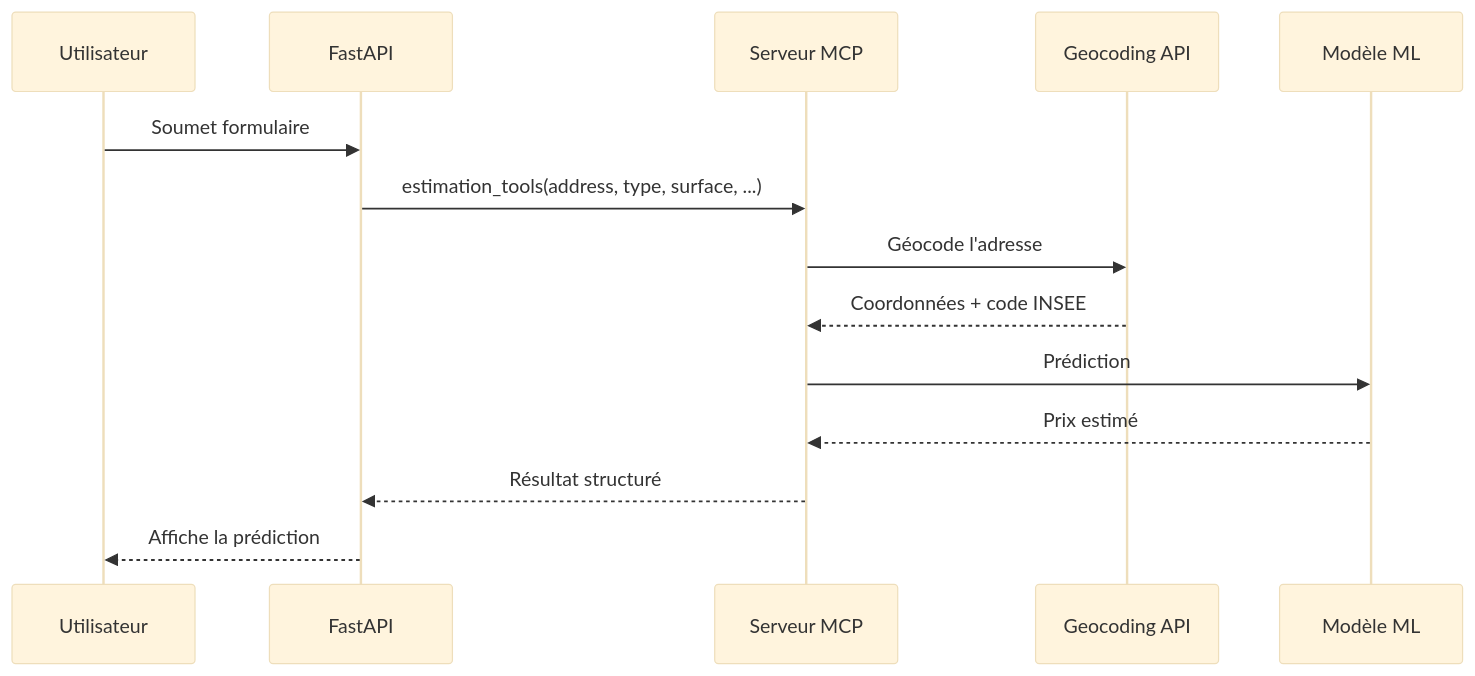
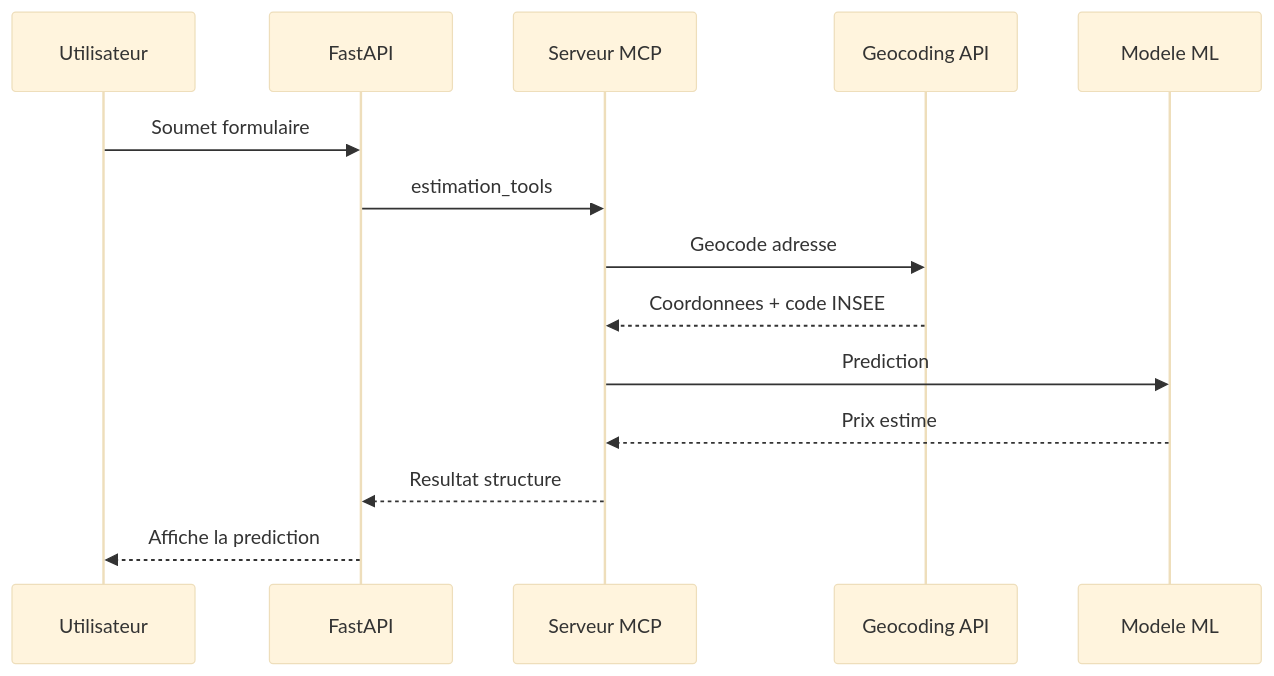
One commit to cjeanneau/Projet-Agent-IA-Immo-MCP changed the third of 4 diagrams in README.md. Above: the diagram before and after it, drawn with Mermaid (base theme). The commit also changed other lines of this file, not shown here.

Commit message:
CHORE fixing mermaid rendering

````diff
--- a/README.md
+++ b/README.md
@@ -241,17 +242,17 @@
 ```mermaid
 sequenceDiagram
     participant U as Utilisateur
     participant FA as FastAPI
     participant MCP as Serveur MCP
     participant GEO as Geocoding API
-    participant M as Modèle ML
+    participant M as Modele ML
 
     U->>FA: Soumet formulaire
-    FA->>MCP: estimation_tools(address, type, surface, ...)
-    MCP->>GEO: Géocode l'adresse
-    GEO-->>MCP: Coordonnées + code INSEE
-    MCP->>M: Prédiction
-    M-->>MCP: Prix estimé
-    MCP-->>FA: Résultat structuré
-    FA-->>U: Affiche la prédiction
+    FA->>MCP: estimation_tools
+    MCP->>GEO: Geocode adresse
+    GEO-->>MCP: Coordonnees + code INSEE
+    MCP->>M: Prediction
+    M-->>MCP: Prix estime
+    MCP-->>FA: Resultat structure
+    FA-->>U: Affiche la prediction
 ```
````
